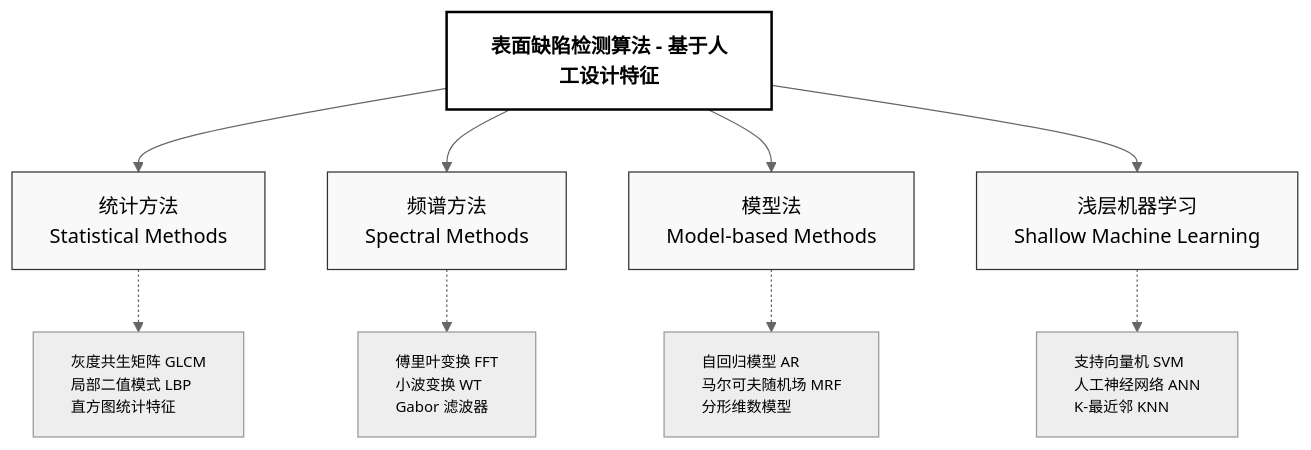
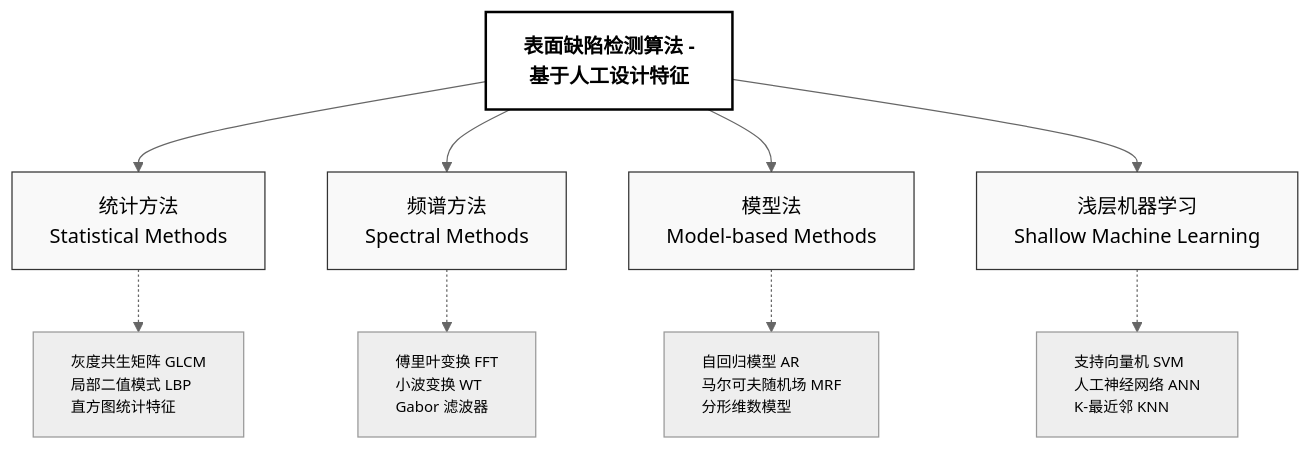
One commit to MAOSHENGsong/iodraw-files changed the diagram in all/未命名-1.md. Above: the diagram before and after it, drawn with Mermaid (neutral theme).

Commit message:
2026-03-17 18:16:49 update

````diff
--- a/all/未命名-1.md
+++ b/all/未命名-1.md
@@ -1,41 +1,42 @@
 ```mermaid
 graph TB
     %% 核心标题
-    Main[表面缺陷检测算法 - 基于人工设计特征] 
+    Main[表面缺陷检测算法 - 
+    基于人工设计特征] 
     
     %% 第一层级：四大分支
     Statistical[统计方法<br/>Statistical Methods]
     Spectral[频谱方法<br/>Spectral Methods]
     Model[模型法<br/>Model-based Methods]
     Machine[浅层机器学习<br/>Shallow Machine Learning]
 
     %% 第二层级：典型算法
     Sub_Stat[灰度共生矩阵 GLCM<br/>局部二值模式 LBP<br/>直方图统计特征]
     Sub_Spec[傅里叶变换 FFT<br/>小波变换 WT<br/>Gabor 滤波器]
     Sub_Mod[自回归模型 AR<br/>马尔可夫随机场 MRF<br/>分形维数模型]
     Sub_Mach[支持向量机 SVM<br/>人工神经网络 ANN<br/>K-最近邻 KNN]
 
     %% 建立连接
     Main --> Statistical
     Main --> Spectral
     Main --> Model
     Main --> Machine
 
     Statistical -.-> Sub_Stat
     Spectral -.-> Sub_Spec
     Model -.-> Sub_Mod
     Machine -.-> Sub_Mach
 
     %% 样式美化：论文通常使用白底黑字或淡色调
     style Main fill:#ffffff,stroke:#000,stroke-width:2px,font-weight:bold
     style Statistical fill:#f9f9f9,stroke:#333,stroke-width:1px
     style Spectral fill:#f9f9f9,stroke:#333,stroke-width:1px
     style Model fill:#f9f9f9,stroke:#333,stroke-width:1px
     style Machine fill:#f9f9f9,stroke:#333,stroke-width:1px
     
     %% 细化子项样式
     style Sub_Stat font-size:12px,text-align:left
     style Sub_Spec font-size:12px,text-align:left
     style Sub_Mod font-size:12px,text-align:left
     style Sub_Mach font-size:12px,text-align:left
 ```
````
